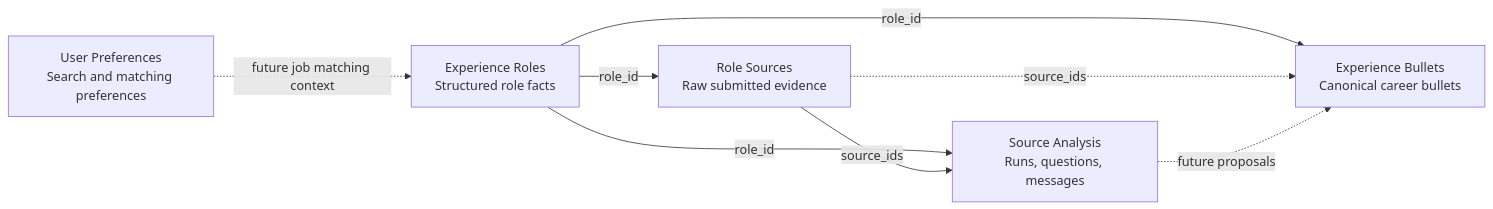
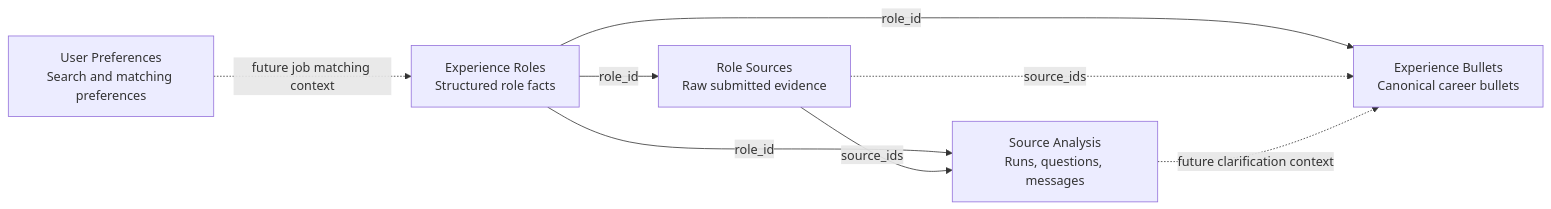
The first of 6 diagrams in docs/diagrams.md (rsauers0/career-agent), drawn with Mermaid before and after one commit. The commit also changed other lines of this file and 5 other files, not shown here.

First line of the commit message:
Update docs for source analysis workflow

````diff
--- a/docs/diagrams.md
+++ b/docs/diagrams.md
@@ -9,17 +9,17 @@
 ```mermaid
 flowchart LR
     UserPreferences["User Preferences<br/>Search and matching preferences"]
     ExperienceRoles["Experience Roles<br/>Structured role facts"]
     RoleSources["Role Sources<br/>Raw submitted evidence"]
     SourceAnalysis["Source Analysis<br/>Runs, questions, messages"]
     ExperienceBullets["Experience Bullets<br/>Canonical career bullets"]
 
     ExperienceRoles -->|"role_id"| RoleSources
     ExperienceRoles -->|"role_id"| SourceAnalysis
     RoleSources -->|"source_ids"| SourceAnalysis
     ExperienceRoles -->|"role_id"| ExperienceBullets
     RoleSources -. "source_ids" .-> ExperienceBullets
-    SourceAnalysis -. "future proposals" .-> ExperienceBullets
+    SourceAnalysis -. "future clarification context" .-> ExperienceBullets
 
     UserPreferences -. "future job matching context" .-> ExperienceRoles
 ```
````
